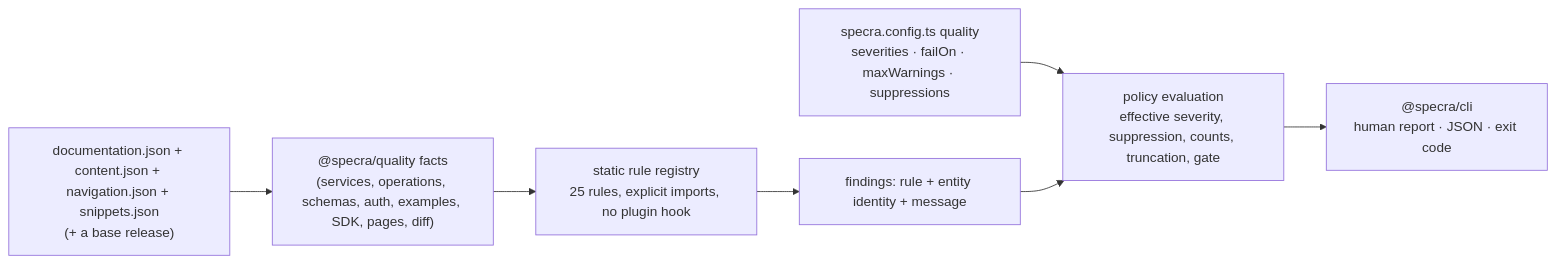
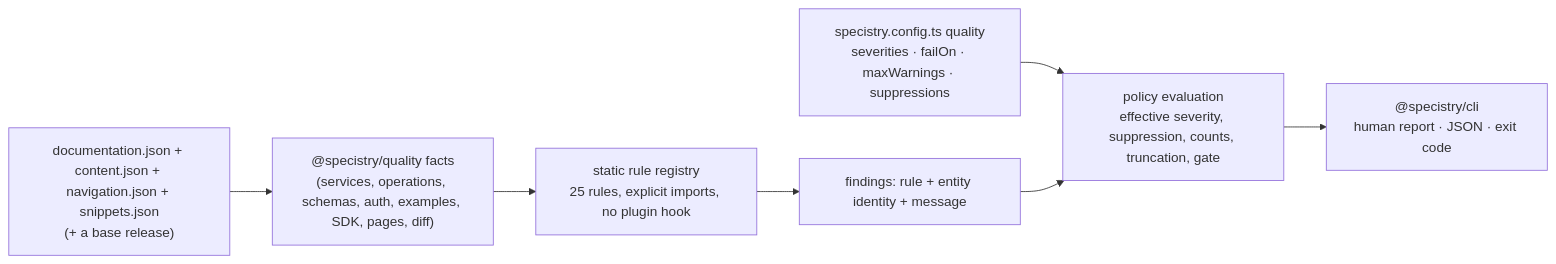
Before and after one commit to yannisyoussef/specistry: diagram 11 of 12 in docs/architecture/README.md, drawn with Mermaid. The commit also changed other lines of this file and 329 other files, not shown here.

````diff
--- a/docs/architecture/README.md
+++ b/docs/architecture/README.md
@@ -242,9 +242,9 @@
 ```mermaid
 flowchart LR
-  artifacts["documentation.json + content.json + navigation.json + snippets.json\n(+ a base release)"] --> facts["@specra/quality facts\n(services, operations, schemas, auth, examples, SDK, pages, diff)"]
+  artifacts["documentation.json + content.json + navigation.json + snippets.json\n(+ a base release)"] --> facts["@specistry/quality facts\n(services, operations, schemas, auth, examples, SDK, pages, diff)"]
   facts --> rules["static rule registry\n25 rules, explicit imports, no plugin hook"]
   rules --> findings["findings: rule + entity identity + message"]
-  policy["specra.config.ts quality\nseverities · failOn · maxWarnings · suppressions"] --> evaluation
+  policy["specistry.config.ts quality\nseverities · failOn · maxWarnings · suppressions"] --> evaluation
   findings --> evaluation["policy evaluation\neffective severity, suppression, counts, truncation, gate"]
-  evaluation --> cli["@specra/cli\nhuman report · JSON · exit code"]
+  evaluation --> cli["@specistry/cli\nhuman report · JSON · exit code"]
 ```
````
